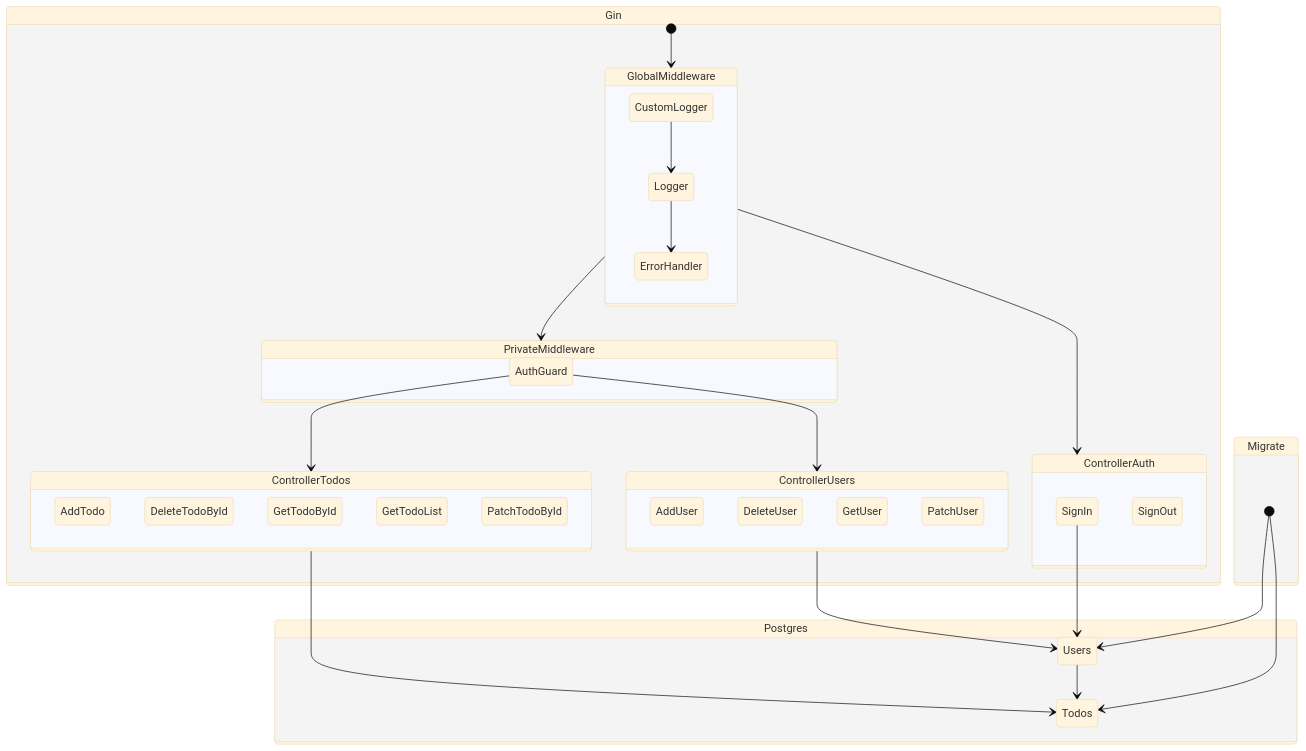
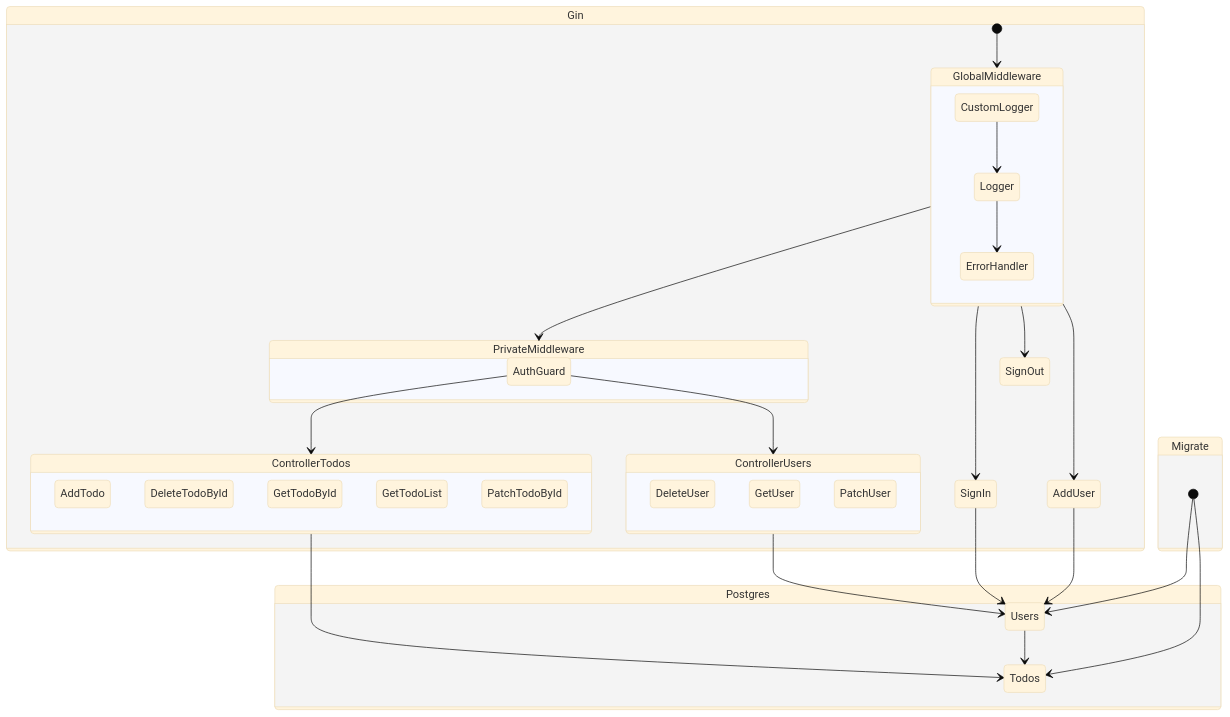
Before and after one commit to KenFront/gin-todo-list: the diagram in flowChart/services.mmd, drawn with Mermaid (base theme). The commit also changed 1 other file, not shown here.

Commit message:
Update services flow chart

```diff
--- a/flowChart/services.mmd
+++ b/flowChart/services.mmd
@@ -1,40 +1,40 @@
 stateDiagram-v2
     state Gin {
         [*] --> GlobalMiddleware
         GlobalMiddleware --> PrivateMiddleware
-        GlobalMiddleware --> ControllerAuth
+        GlobalMiddleware --> SignIn
+        GlobalMiddleware --> SignOut
+        GlobalMiddleware --> AddUser
         ControllerTodos --> Todos
         ControllerUsers --> Users
+        SignIn --> Users
+        AddUser --> Users
+        SignOut
         state GlobalMiddleware {
             CustomLogger --> Logger
             Logger --> ErrorHandler
         }
         state PrivateMiddleware {
             AuthGuard --> ControllerTodos
             AuthGuard --> ControllerUsers
         }
-        state ControllerAuth {
-            SignIn --> Users
-            SignOut
+        state ControllerUsers {
+            DeleteUser
+            GetUser
+            PatchUser
         }
         state ControllerTodos {
             AddTodo
             DeleteTodoById
             GetTodoById
             GetTodoList
             PatchTodoById
-        }
-        state ControllerUsers {
-            AddUser
-            DeleteUser
-            GetUser
-            PatchUser
         }
     }
     state Migrate {
         [*] --> Users
         [*] --> Todos
     }
     state Postgres {
         Users --> Todos
     }
```
